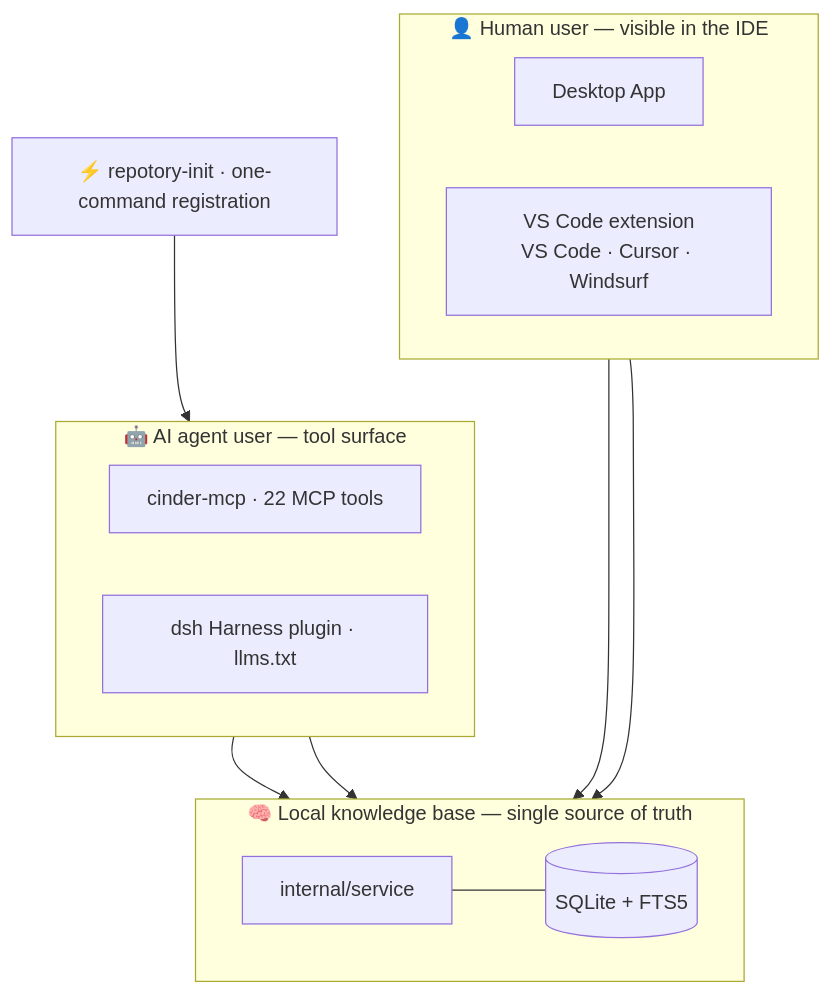
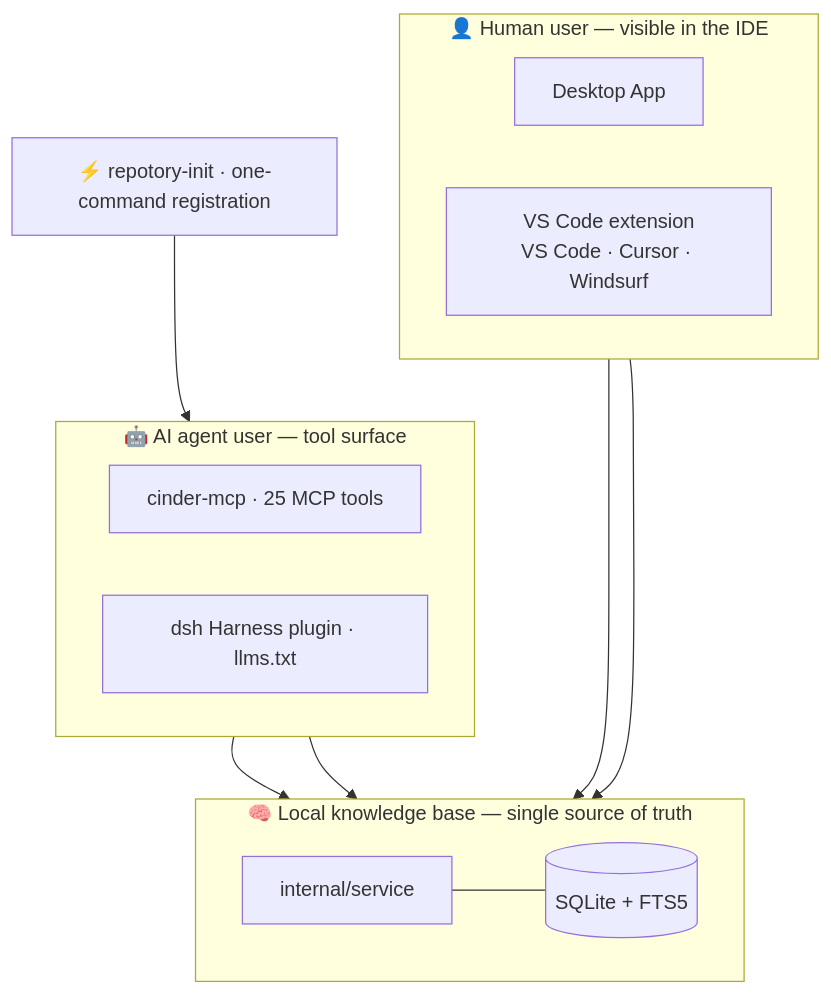
The fifth of 5 diagrams in docs/en/architecture.md (sky-jiangcheng/cinder), drawn with Mermaid before and after one commit. The commit also changed 83 other files, not shown here.

````diff
--- a/docs/en/architecture.md
+++ b/docs/en/architecture.md
@@ -125,24 +125,24 @@
 ```mermaid
 flowchart TB
     subgraph HUMAN[👤 Human user — visible in the IDE]
         direction LR
         DESKTOP[Desktop App]
         VSCODE[VS Code extension<br/>VS Code · Cursor · Windsurf]
     end
     subgraph AGENT[🤖 AI agent user — tool surface]
         direction LR
-        MCP[cinder-mcp · 22 MCP tools]
+        MCP[cinder-mcp · 25 MCP tools]
         DSH[dsh Harness plugin · llms.txt]
     end
     subgraph CORE[🧠 Local knowledge base — single source of truth]
         direction LR
         SVC[internal/service] --- DB[(SQLite + FTS5)]
     end
     HUMAN ~~~ AGENT ~~~ CORE
     INIT[⚡ repotory-init · one-command registration]
     INIT --> MCP
     DESKTOP --> SVC
     VSCODE --> SVC
     MCP --> SVC
     DSH --> SVC
 ```
````
